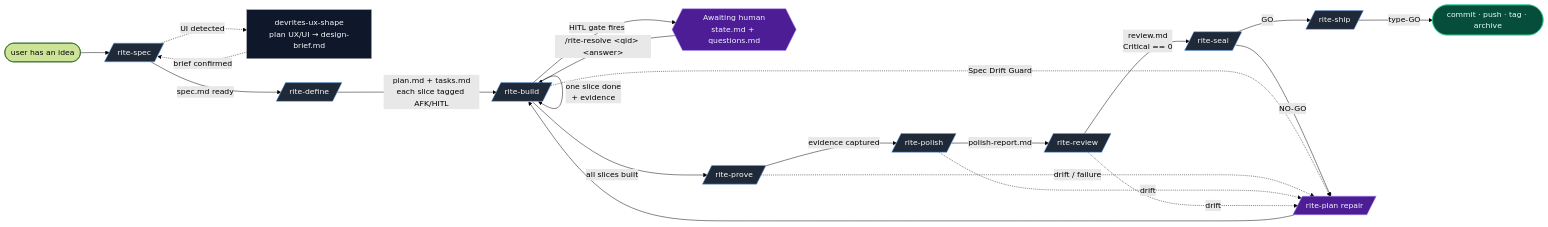
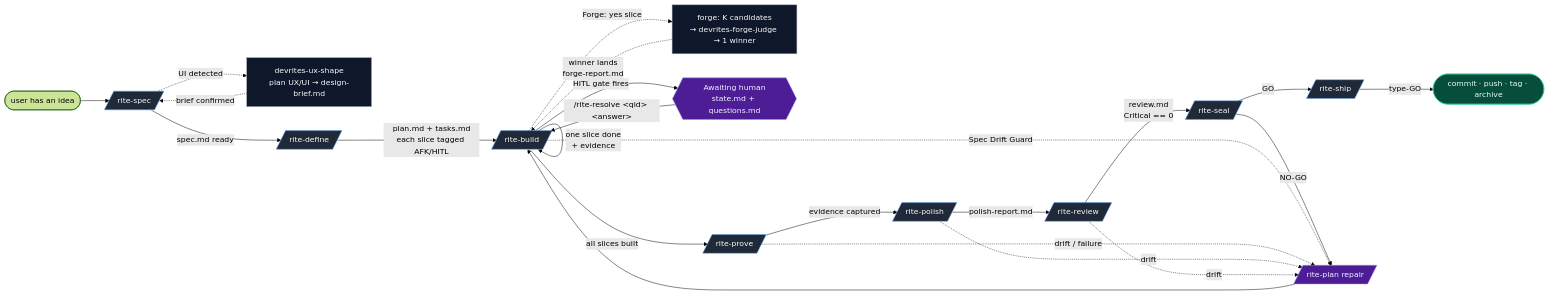
One commit to ViktorsBaikers/DevRites changed the first of 9 diagrams in docs/flow.md. Above: the diagram before and after it, drawn with Mermaid (forest theme). The commit also changed other lines of this file and 18 other files, not shown here.

````diff
--- a/docs/flow.md
+++ b/docs/flow.md
@@ -15,35 +15,37 @@
 ```mermaid
 flowchart LR
     Start([user has an idea]) --> Spec[/rite-spec/]
     Spec -.->|UI detected| Shape[devrites-ux-shape<br/>plan UX/UI → design-brief.md]
     Shape -.->|brief confirmed| Spec
     Spec -->|spec.md ready| Define[/rite-define/]
     Define -->|plan.md + tasks.md<br/>each slice tagged AFK/HITL| Build[/rite-build/]
     Build -->|one slice done<br/>+ evidence| Build
+    Build -.->|"Forge: yes slice"| Forge[forge: K candidates<br/>→ devrites-forge-judge → 1 winner]
+    Forge -.->|winner lands<br/>forge-report.md| Build
     Build -->|HITL gate fires| Await{{Awaiting human<br/>state.md + questions.md}}
     Await -->|"/rite-resolve &lt;qid&gt; &lt;answer&gt;"| Build
     Build -->|all slices built| Prove[/rite-prove/]
     Prove -->|evidence captured| Polish[/rite-polish/]
     Polish -->|polish-report.md| Review[/rite-review/]
     Review -->|review.md<br/>Critical == 0| Seal[/rite-seal/]
     Seal -->|GO| Ship2[/rite-ship/]
     Ship2 -->|type-GO| Shipped([commit · push · tag · archive])
     Seal -->|NO-GO| Repair[/rite-plan repair/]
     Repair --> Build
 
     Build -.->|Spec Drift Guard| Repair
     Prove -.->|drift / failure| Repair
     Polish -.->|drift| Repair
     Review -.->|drift| Repair
 
     classDef phase fill:#1f2937,stroke:#60a5fa,stroke-width:1px,color:#f9fafb
     classDef done fill:#064e3b,stroke:#34d399,color:#ecfdf5
     classDef repair fill:#4c1d95,stroke:#a78bfa,color:#f5f3ff
     classDef gate fill:#4c1d95,stroke:#a78bfa,color:#f5f3ff
     classDef internal fill:#0f172a,stroke:#9ca3af,color:#f9fafb
     class Spec,Define,Build,Prove,Polish,Review,Seal,Ship2 phase
     class Shipped done
     class Repair repair
     class Await gate
-    class Shape internal
+    class Shape,Forge internal
 ```
````
